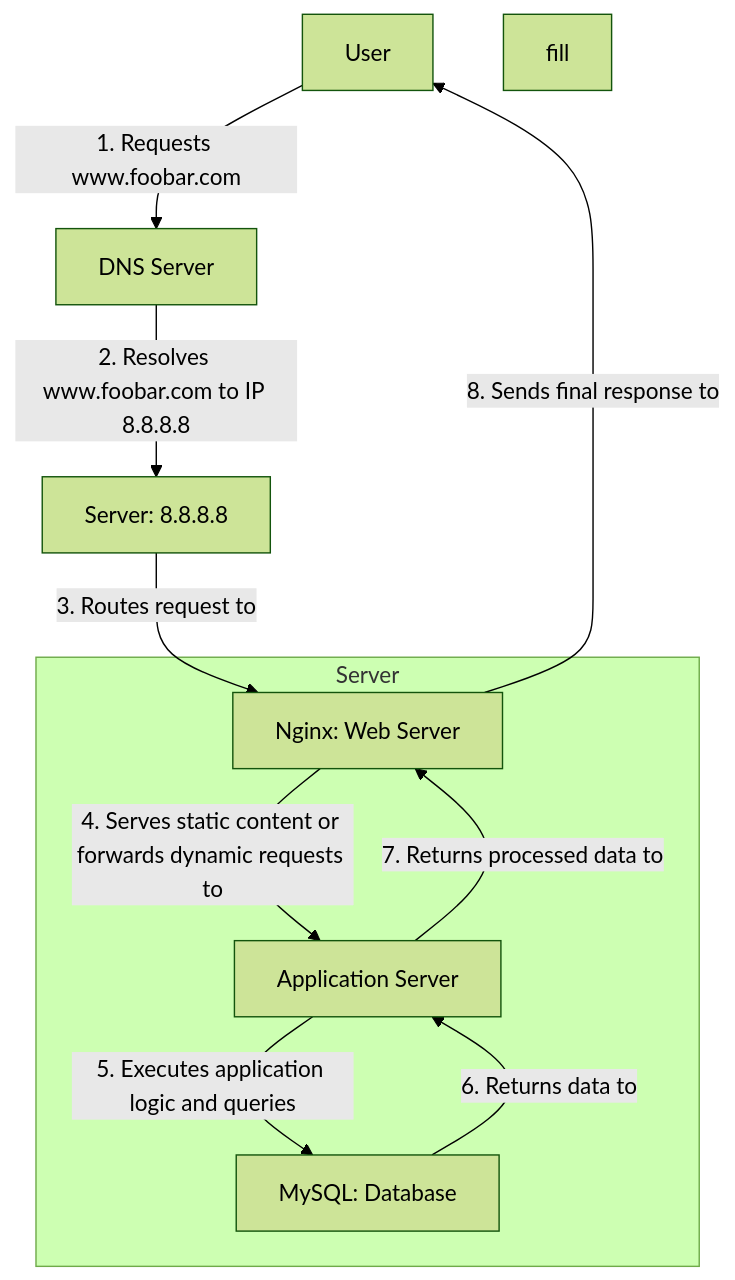
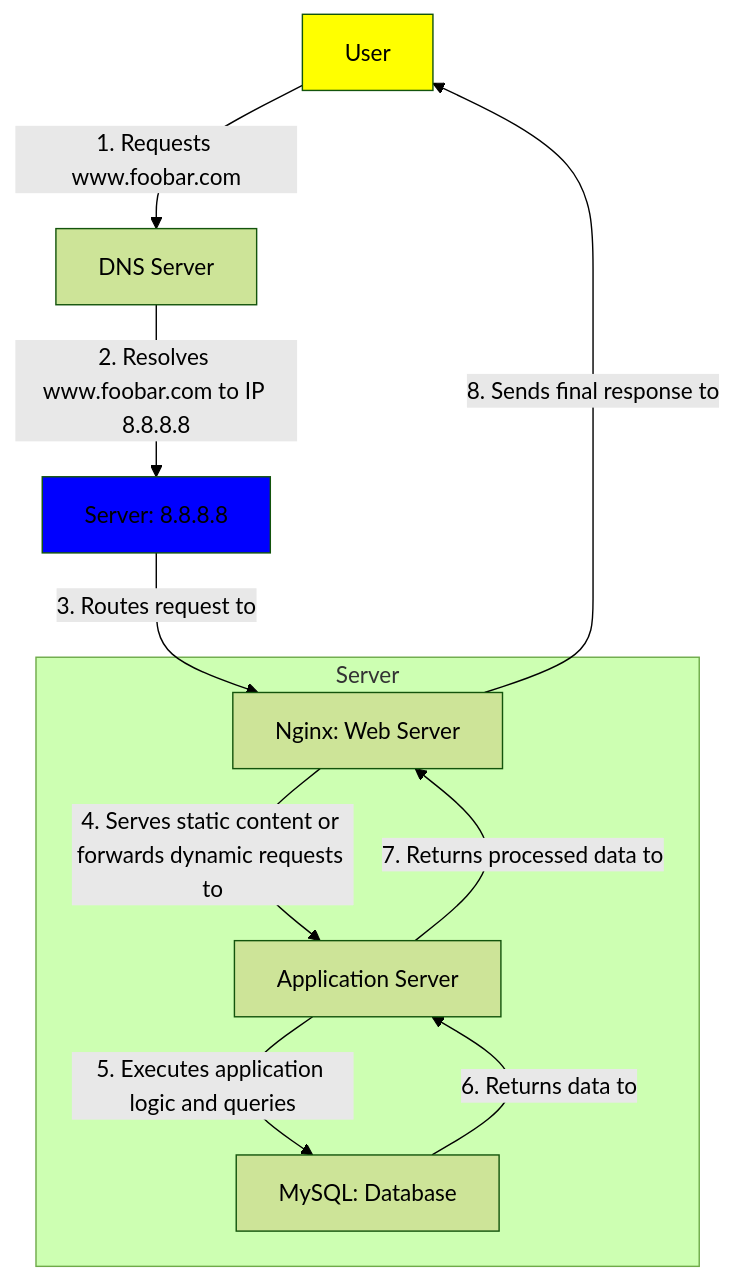
Before and after one commit to EL274/holbertonschool-system_engineering-devops: the diagram in web_infrastructure_design/0-simple_web_stack.md, drawn with Mermaid (forest theme).

````diff
--- a/web_infrastructure_design/0-simple_web_stack.md
+++ b/web_infrastructure_design/0-simple_web_stack.md
@@ -1,18 +1,19 @@
 ```mermaid
 flowchart TD;
     A[User] -->|1. Requests www.foobar.com| B[DNS Server]
     B -->|2. Resolves www.foobar.com to IP 8.8.8.8| C[Server: 8.8.8.8]
-    style fill C: blue 
+    style C fill: blue 
+    style A fill: yellow
     C -->|3. Routes request to| D[Nginx: Web Server]
     D -->|4. Serves static content or forwards dynamic requests to| E[Application Server]
     E -->|5. Executes application logic and queries| F[MySQL: Database]
     F -->|6. Returns data to| E
     E -->|7. Returns processed data to| D
     D -->|8. Sends final response to| A
 
     subgraph Server
         D[Nginx: Web Server]
         E[Application Server]
         F[MySQL: Database]
     end
 ```
````
